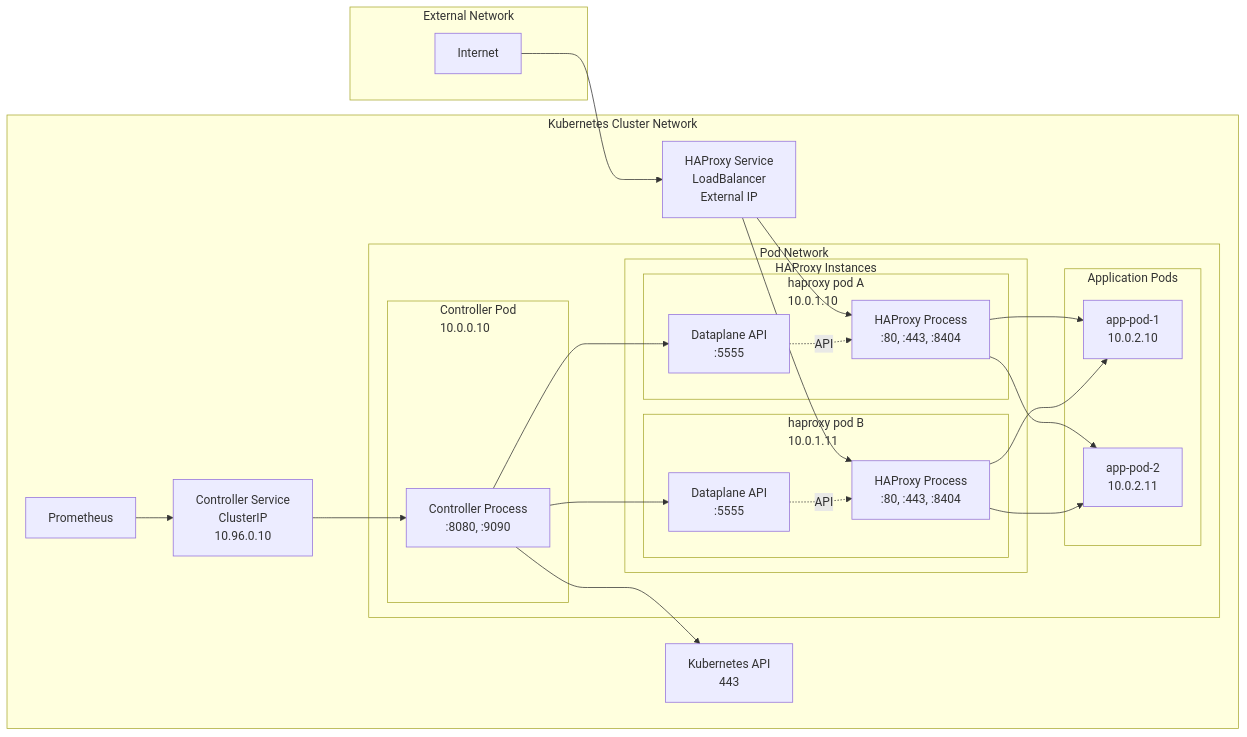
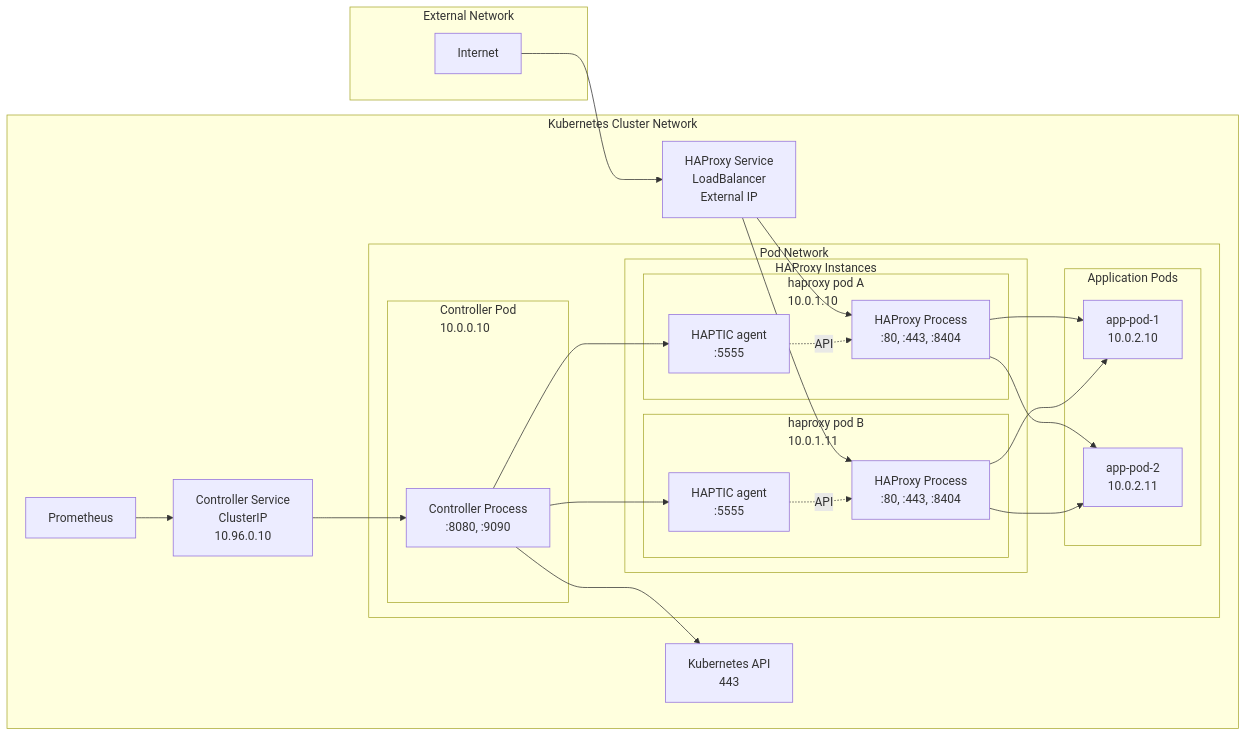
One commit to HAProxy-Template-IC/haproxy-template-ingress-controller changed the third of 4 diagrams in docs/site/docs/development/design/deployment.md. Above: the diagram before and after it, drawn with Mermaid. The commit also changed other lines of this file and 2 other files, not shown here.

First line of the commit message:
Document the agent apply contract

````diff
--- a/docs/site/docs/development/design/deployment.md
+++ b/docs/site/docs/development/design/deployment.md
@@ -118,57 +118,57 @@
 ```mermaid
 graph LR
     subgraph "External Network"
         INET[Internet]
     end
 
     subgraph "Kubernetes Cluster Network"
         HAP_LB[HAProxy Service<br/>LoadBalancer<br/>External IP]
         CTRL_SVC_NET[Controller Service<br/>ClusterIP<br/>10.96.0.10]
 
         subgraph "Pod Network"
             subgraph "Controller Pod<br/>10.0.0.10"
                 CTRL[Controller Process<br/>:8080, :9090]
             end
 
             subgraph "HAProxy Instances"
                 subgraph "haproxy pod A<br/>10.0.1.10"
                     HAP1[HAProxy Process<br/>:80, :443, :8404]
-                    DP1[Dataplane API<br/>:5555]
+                    DP1[HAPTIC agent<br/>:5555]
                 end
 
                 subgraph "haproxy pod B<br/>10.0.1.11"
                     HAP2[HAProxy Process<br/>:80, :443, :8404]
-                    DP2[Dataplane API<br/>:5555]
+                    DP2[HAPTIC agent<br/>:5555]
                 end
             end
 
             subgraph "Application Pods"
                 APP1[app-pod-1<br/>10.0.2.10]
                 APP2[app-pod-2<br/>10.0.2.11]
             end
         end
 
         KUBE_API[Kubernetes API<br/>443]
         PROM_NET[Prometheus]
     end
 
     INET --> HAP_LB
     HAP_LB --> HAP1
     HAP_LB --> HAP2
 
     CTRL_SVC_NET --> CTRL
     PROM_NET --> CTRL_SVC_NET
 
     CTRL --> KUBE_API
     CTRL --> DP1
     CTRL --> DP2
 
     HAP1 --> APP1
     HAP1 --> APP2
     HAP2 --> APP1
     HAP2 --> APP2
 
     DP1 -.API.-> HAP1
     DP2 -.API.-> HAP2
 
 ```
````
